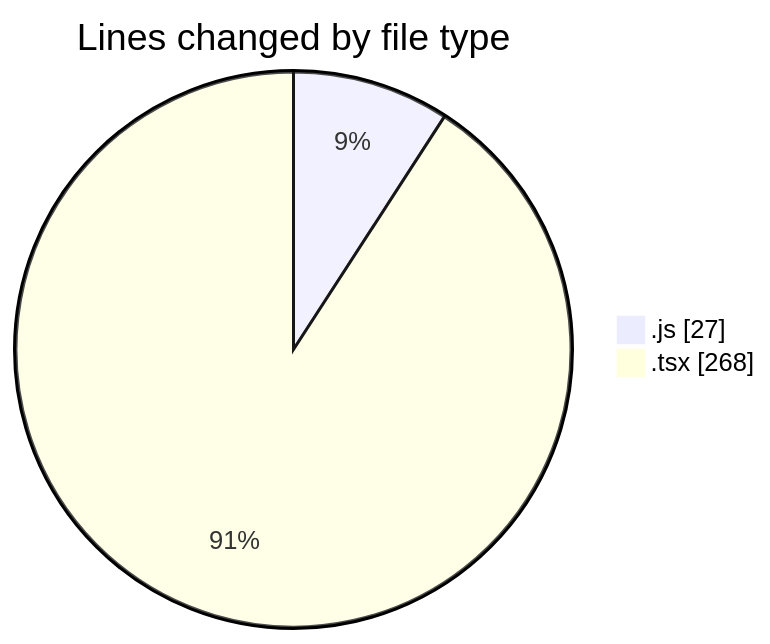
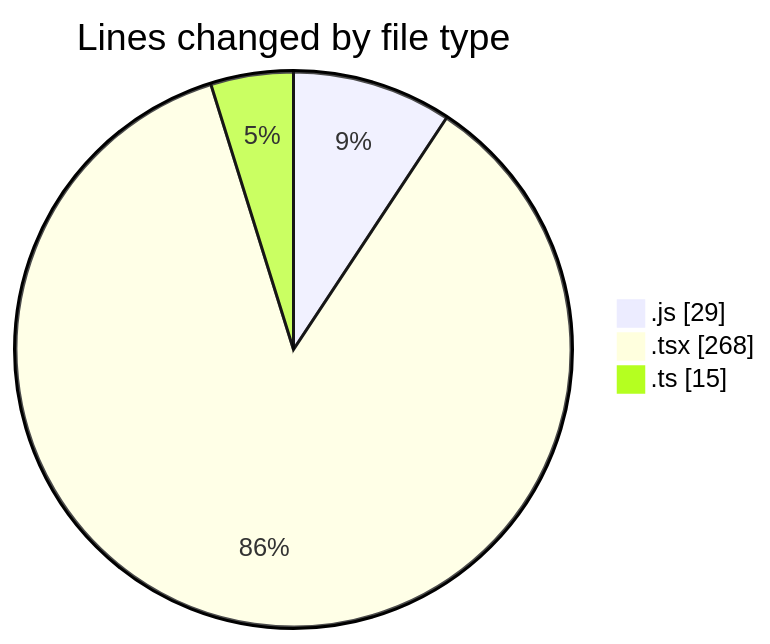
Before and after one commit to Ritupan-Deka/code-tracking: the first of 2 diagrams in 2025-05-22/___base/README.md, drawn with Mermaid. The commit also changed other lines of this file and 1 other file, not shown here.

````diff
--- a/2025-05-22/___base/README.md
+++ b/2025-05-22/___base/README.md
@@ -22,6 +23,7 @@
 ```mermaid
 pie showData
 title Lines changed by file type
-".js" : 27
+".js" : 29
 ".tsx" : 268
+".ts" : 15
 ```
````
